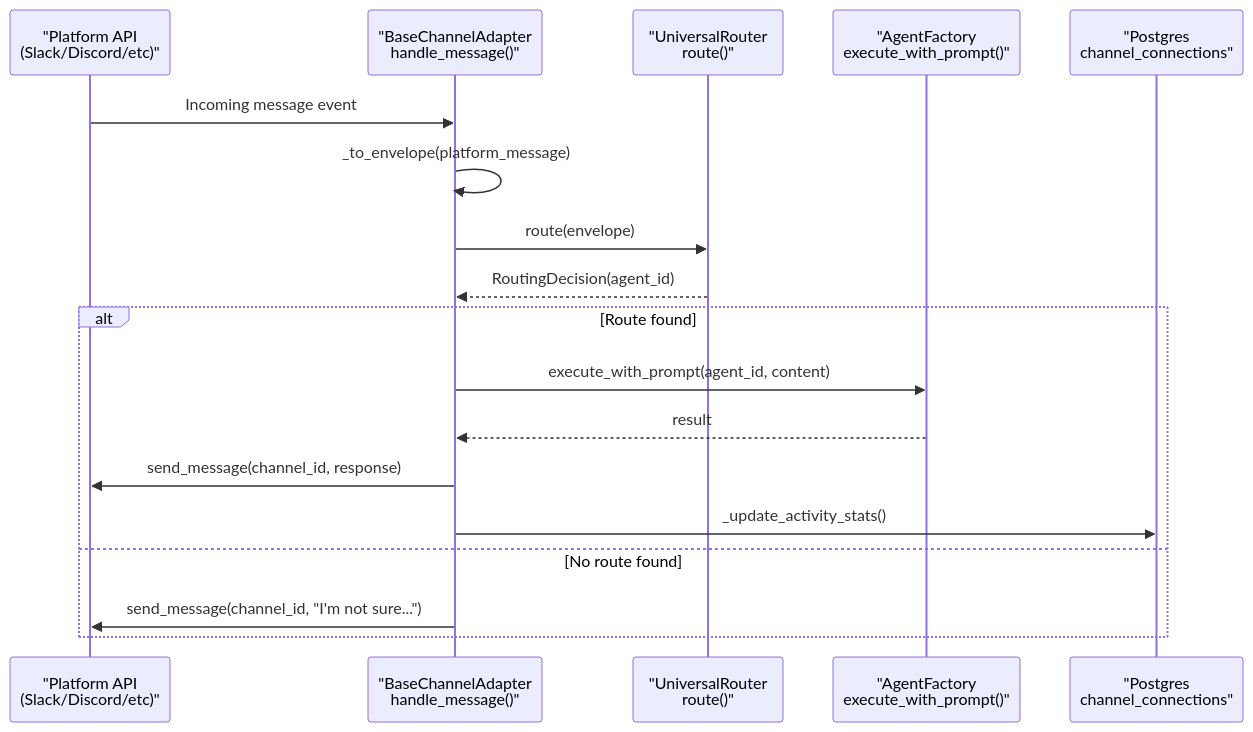
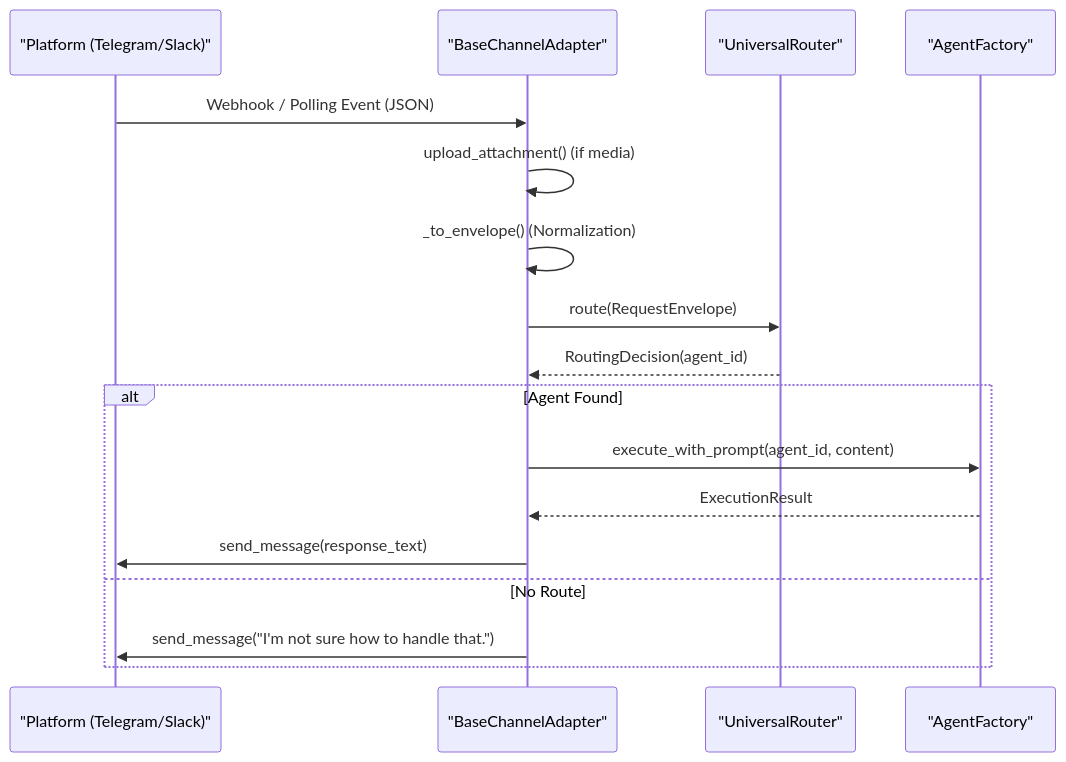
One commit to AutomatosAI/automatos-ai changed the third of 3 diagrams in docs/channel-integrations/channel-architecture.md. Above: the diagram before and after it, drawn with Mermaid. The commit also changed other lines of this file and 153 other files, not shown here.

````diff
--- a/docs/channel-integrations/channel-architecture.md
+++ b/docs/channel-integrations/channel-architecture.md
@@ -251,22 +154,21 @@
 ```mermaid
 sequenceDiagram
-    participant Platform as "Platform API<br/>(Slack/Discord/etc)"
-    participant Adapter as "BaseChannelAdapter<br/>handle_message()"
-    participant Router as "UniversalRouter<br/>route()"
-    participant Factory as "AgentFactory<br/>execute_with_prompt()"
-    participant DB as "Postgres<br/>channel_connections"
+    participant P as "Platform (Telegram/Slack)"
+    participant A as "BaseChannelAdapter"
+    participant R as "UniversalRouter"
+    participant F as "AgentFactory"
     
-    Platform->>Adapter: Incoming message event
-    Adapter->>Adapter: _to_envelope(platform_message)
-    Adapter->>Router: route(envelope)
-    Router-->>Adapter: RoutingDecision(agent_id)
+    P->>A: Webhook / Polling Event (JSON)
+    A->>A: upload_attachment() (if media)
+    A->>A: _to_envelope() (Normalization)
+    A->>R: route(RequestEnvelope)
+    R-->>A: RoutingDecision(agent_id)
     
-    alt Route found
-        Adapter->>Factory: execute_with_prompt(agent_id, content)
-        Factory-->>Adapter: result
-        Adapter->>Platform: send_message(channel_id, response)
-        Adapter->>DB: _update_activity_stats()
-    else No route found
-        Adapter->>Platform: send_message(channel_id, "I'm not sure...")
+    alt Agent Found
+        A->>F: execute_with_prompt(agent_id, content)
+        F-->>A: ExecutionResult
+        A->>P: send_message(response_text)
+    else No Route
+        A->>P: send_message("I'm not sure how to handle that.")
     end
 ```
````
